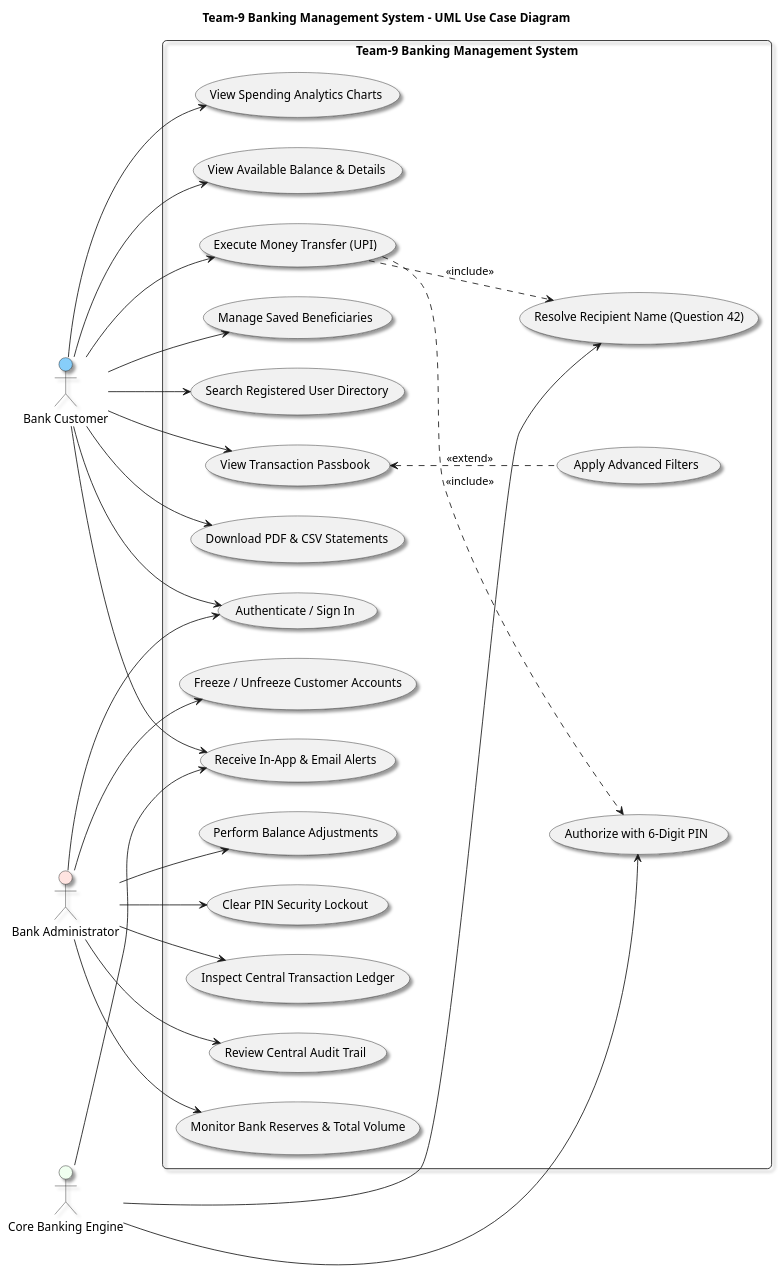
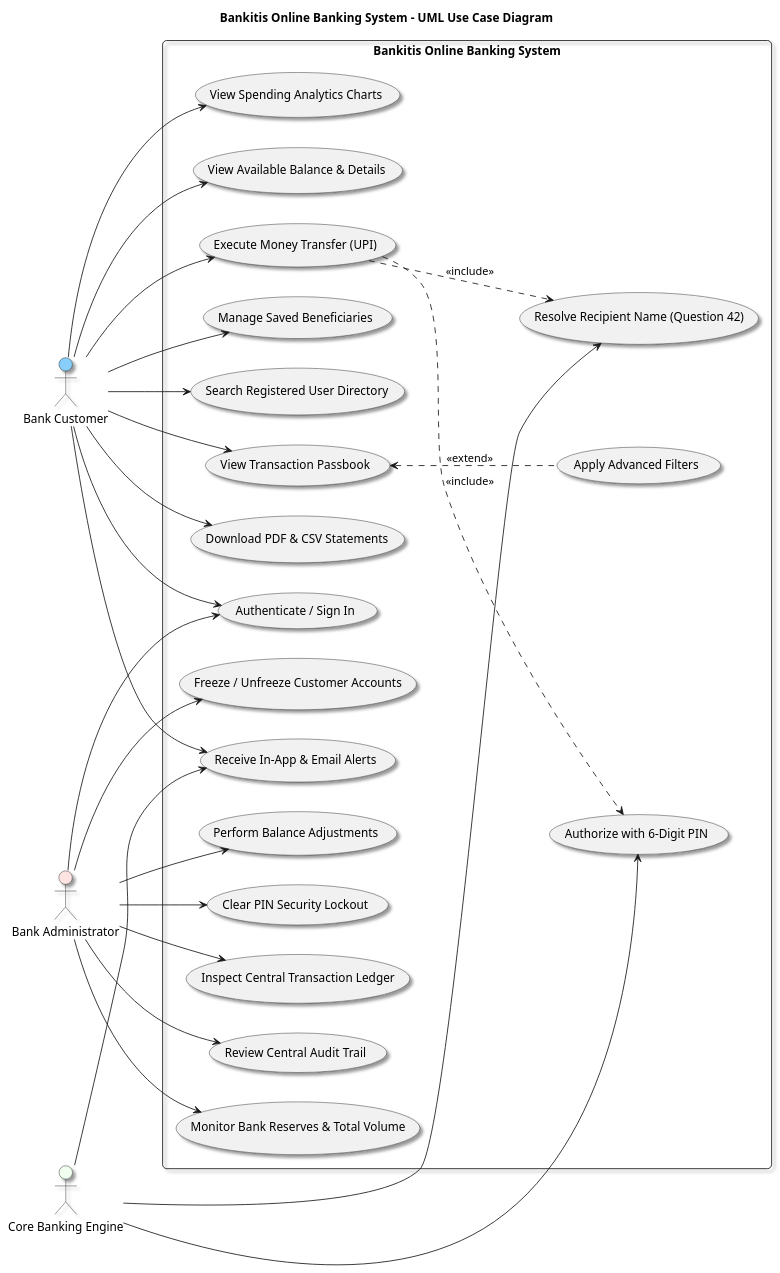
The diagram in diagrams/UseCaseDiagram.puml (allanmaaz/bankitis), drawn with PlantUML before and after one commit. The commit also changed 15 other files, not shown here.

```diff
--- a/diagrams/UseCaseDiagram.puml
+++ b/diagrams/UseCaseDiagram.puml
@@ -1,61 +1,61 @@
 @startuml UseCaseDiagram
-title Team-9 Banking Management System - UML Use Case Diagram
+title Bankitis Online Banking System - UML Use Case Diagram
 
 left to right direction
 skinparam packageStyle rectangle
 skinparam roundcorner 10
 skinparam shadowing true
 
 actor "Bank Customer" as Customer #LightSkyBlue
 actor "Bank Administrator" as Admin #MistyRose
 actor "Core Banking Engine" as System #HoneyDew
 
-rectangle "Team-9 Banking Management System" {
+rectangle "Bankitis Online Banking System" {
   usecase "Authenticate / Sign In" as UC_Auth
   usecase "View Available Balance & Details" as UC_Balance
   usecase "Execute Money Transfer (UPI)" as UC_Transfer
   usecase "Resolve Recipient Name (Question 42)" as UC_Resolve
   usecase "Authorize with 6-Digit PIN" as UC_Pin
   usecase "Manage Saved Beneficiaries" as UC_Beneficiary
   usecase "Search Registered User Directory" as UC_Directory
   usecase "View Transaction Passbook" as UC_History
   usecase "Apply Advanced Filters" as UC_Filter
   usecase "Download PDF & CSV Statements" as UC_Statement
   usecase "View Spending Analytics Charts" as UC_Analytics
   usecase "Receive In-App & Email Alerts" as UC_Notif
 
   usecase "Monitor Bank Reserves & Total Volume" as UC_Admin_Metrics
   usecase "Freeze / Unfreeze Customer Accounts" as UC_Admin_Freeze
   usecase "Perform Balance Adjustments" as UC_Admin_Adjust
   usecase "Clear PIN Security Lockout" as UC_Admin_Unlock
   usecase "Inspect Central Transaction Ledger" as UC_Admin_Ledger
   usecase "Review Central Audit Trail" as UC_Admin_Audit
 }
 
 Customer --> UC_Auth
 Customer --> UC_Balance
 Customer --> UC_Transfer
 Customer --> UC_Beneficiary
 Customer --> UC_Directory
 Customer --> UC_History
 Customer --> UC_Statement
 Customer --> UC_Analytics
 Customer --> UC_Notif
 
 UC_Transfer ..> UC_Resolve : <<include>>
 UC_Transfer ..> UC_Pin : <<include>>
 UC_History <.. UC_Filter : <<extend>>
 
 Admin --> UC_Auth
 Admin --> UC_Admin_Metrics
 Admin --> UC_Admin_Freeze
 Admin --> UC_Admin_Adjust
 Admin --> UC_Admin_Unlock
 Admin --> UC_Admin_Ledger
 Admin --> UC_Admin_Audit
 
 System --> UC_Resolve
 System --> UC_Pin
 System --> UC_Notif
 
 @enduml
```
